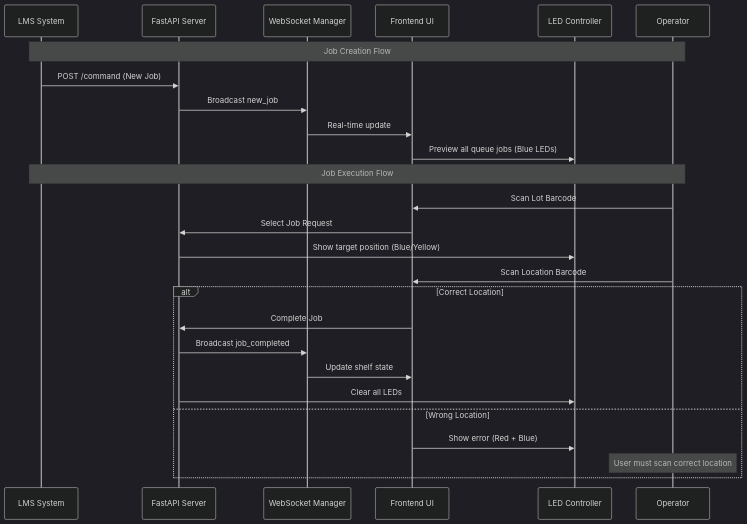
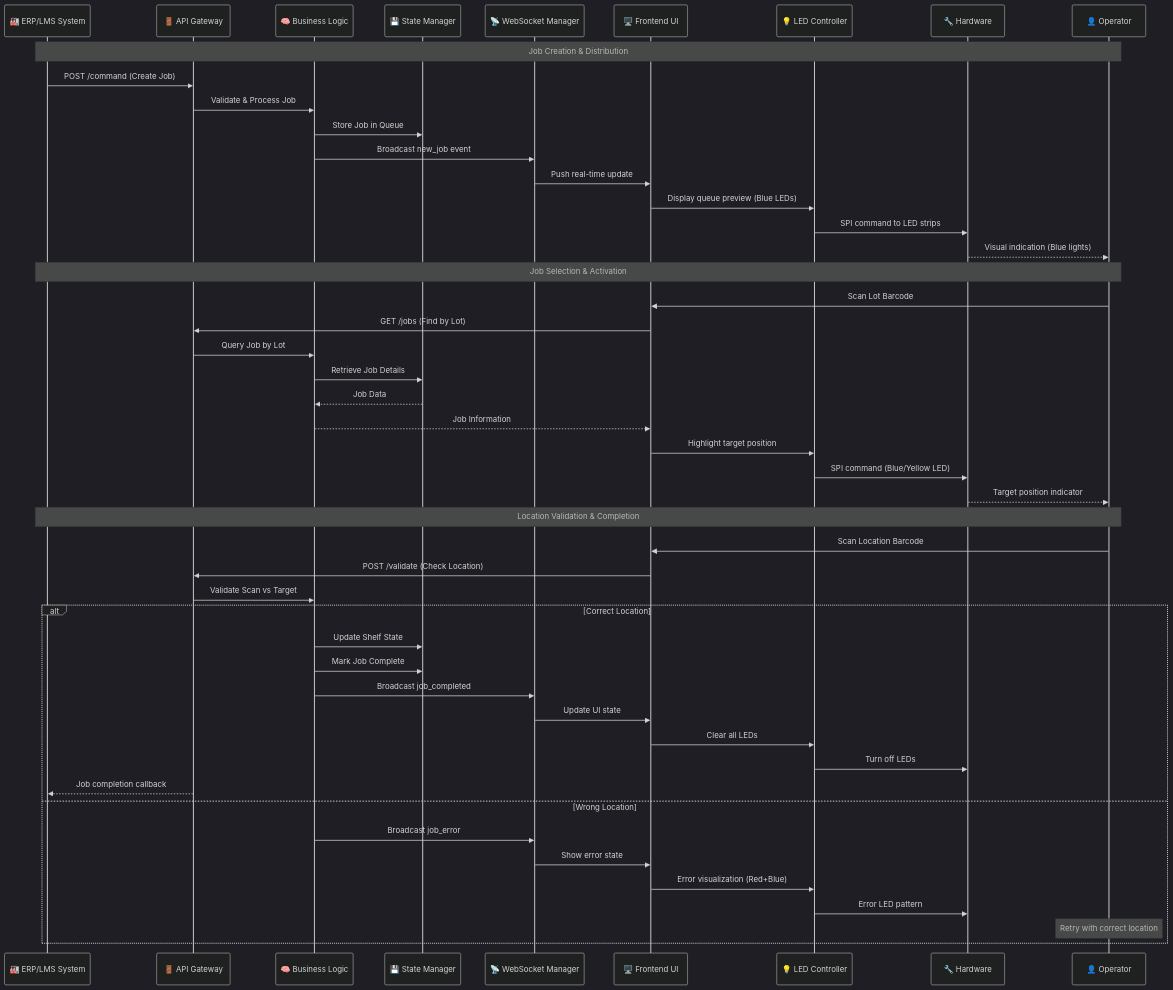
The seventh of 16 diagrams in README.md (Krittapas2546/RFID-smart-shelf), drawn with Mermaid (dark theme) before and after one commit. The commit also changed other lines of this file, not shown here.

````diff
--- a/README.md
+++ b/README.md
@@ -144,31 +328,54 @@
 ```mermaid
 sequenceDiagram
-    participant ERP as LMS System
-    participant API as FastAPI Server
-    participant WS as WebSocket Manager
-    participant UI as Frontend UI
-    participant LED as LED Controller
-    participant USER as Operator
+    participant ERP as 🏭 ERP/LMS System
+    participant Gateway as 🚪 API Gateway
+    participant Core as 🧠 Business Logic
+    participant State as 💾 State Manager
+    participant WS as 📡 WebSocket Manager
+    participant UI as 🖥️ Frontend UI
+    participant LED as 💡 LED Controller
+    participant HW as 🔧 Hardware
+    participant User as 👤 Operator
     
-    Note over ERP,USER: Job Creation Flow
-    ERP->>API: POST /command (New Job)
-    API->>WS: Broadcast new_job
-    WS->>UI: Real-time update
-    UI->>LED: Preview all queue jobs (Blue LEDs)
+    Note over ERP,User: Job Creation & Distribution
+    ERP->>Gateway: POST /command (Create Job)
+    Gateway->>Core: Validate & Process Job
+    Core->>State: Store Job in Queue
+    Core->>WS: Broadcast new_job event
+    WS->>UI: Push real-time update
+    UI->>LED: Display queue preview (Blue LEDs)
+    LED->>HW: SPI command to LED strips
+    HW-->>User: Visual indication (Blue lights)
     
-    Note over ERP,USER: Job Execution Flow
-    USER->>UI: Scan Lot Barcode
-    UI->>API: Select Job Request
-    API->>LED: Show target position (Blue/Yellow)
-    USER->>UI: Scan Location Barcode
+    Note over ERP,User: Job Selection & Activation  
+    User->>UI: Scan Lot Barcode
+    UI->>Gateway: GET /jobs (Find by Lot)
+    Gateway->>Core: Query Job by Lot
+    Core->>State: Retrieve Job Details
+    State-->>Core: Job Data
+    Core-->>UI: Job Information
+    UI->>LED: Highlight target position
+    LED->>HW: SPI command (Blue/Yellow LED)
+    HW-->>User: Target position indicator
+    
+    Note over ERP,User: Location Validation & Completion
+    User->>UI: Scan Location Barcode
+    UI->>Gateway: POST /validate (Check Location)
+    Gateway->>Core: Validate Scan vs Target
     
     alt Correct Location
-        UI->>API: Complete Job
-        API->>WS: Broadcast job_completed
-        WS->>UI: Update shelf state
-        API->>LED: Clear all LEDs
+        Core->>State: Update Shelf State
+        Core->>State: Mark Job Complete
+        Core->>WS: Broadcast job_completed
+        WS->>UI: Update UI state
+        UI->>LED: Clear all LEDs
+        LED->>HW: Turn off LEDs
+        Gateway-->>ERP: Job completion callback
     else Wrong Location
-        UI->>LED: Show error (Red + Blue)
-        Note over USER: User must scan correct location
+        Core->>WS: Broadcast job_error  
+        WS->>UI: Show error state
+        UI->>LED: Error visualization (Red+Blue)
+        LED->>HW: Error LED pattern
+        Note over User: Retry with correct location
     end
 ```
````
